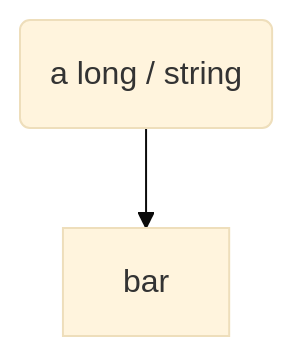
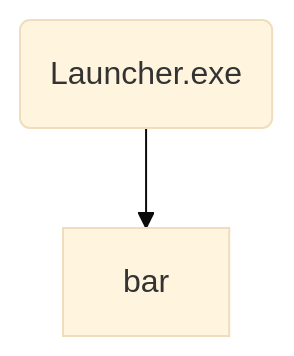
Diagram 13 of 16 in sandbox/MerMaid_diagram_integration.md (funjobie/OpenSwordArtsVR), drawn with Mermaid (base theme) before and after one commit. The commit also changed other lines of this file, not shown here.

````diff
--- a/sandbox/MerMaid_diagram_integration.md
+++ b/sandbox/MerMaid_diagram_integration.md
@@ -190,4 +190,4 @@
 ```mermaid
 flowchart TD
-    foo("a long / string") --> bar
+    foo("Launcher.exe") --> bar
 ```
````
